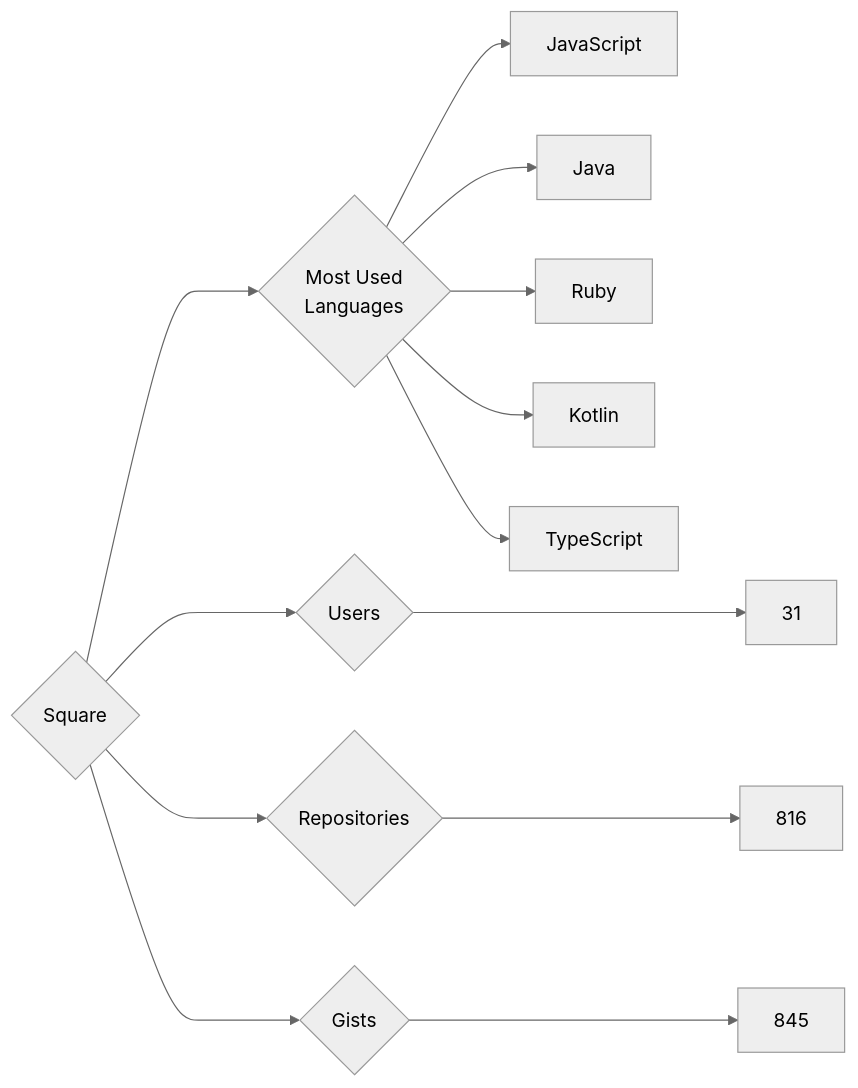
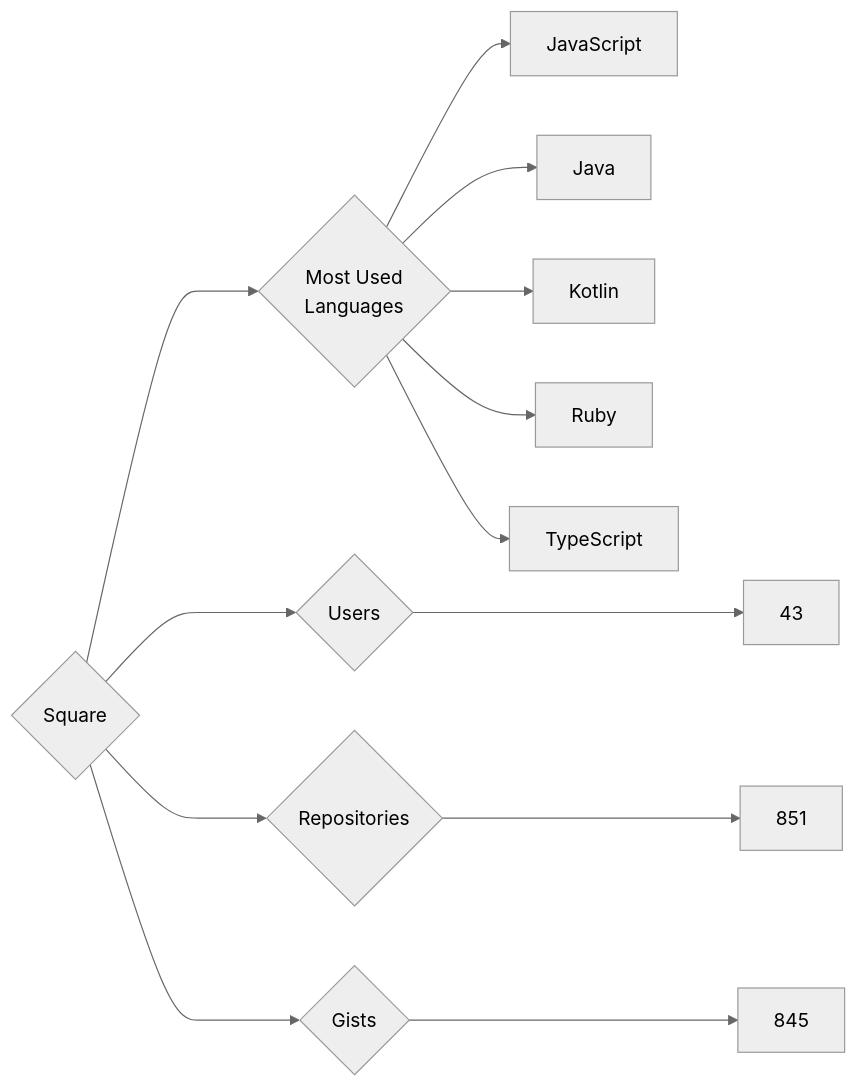
One commit to trickest/insiders changed the diagram in targets/Square/README.md. Above: the diagram before and after it, drawn with Mermaid (neutral theme). The commit also changed 682 other files, not shown here.

````diff
--- a/targets/Square/README.md
+++ b/targets/Square/README.md
@@ -3,13 +3,13 @@
 ```mermaid
 graph LR
 COMPANY_NAME{Square}
-COMPANY_NAME ---> U{Users} ---> UN[31]
-COMPANY_NAME ---> R{Repositories} ---> RN[816]
+COMPANY_NAME ---> U{Users} ---> UN[43]
+COMPANY_NAME ---> R{Repositories} ---> RN[851]
 COMPANY_NAME ---> G{Gists} ---> GN[845]
 COMPANY_NAME ---> ML{Most Used<br>Languages}
 ML --> JavaScript[JavaScript]
 ML --> Java[Java]
+ML --> Kotlin[Kotlin]
 ML --> Ruby[Ruby]
-ML --> Kotlin[Kotlin]
 ML --> TypeScript[TypeScript]
 ```
````
